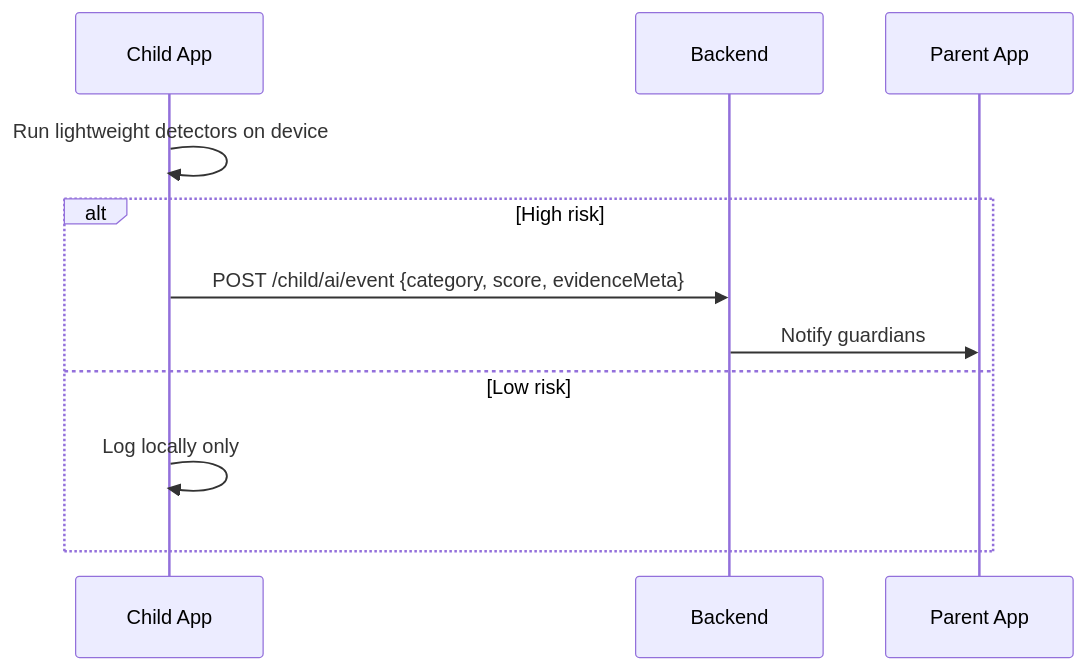
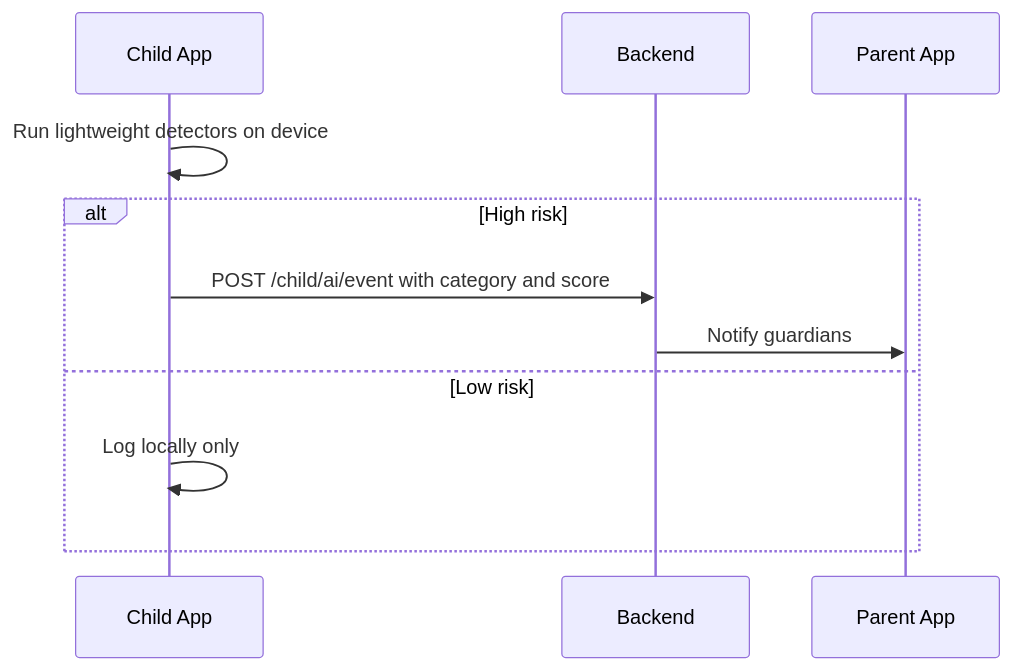
Before and after one commit to maiElkheshen066/safeGuard: the diagram in Doc/Child app/features/05_ai_powered_monitoring.md, drawn with Mermaid. The commit also changed 9 other files, not shown here.

````diff
--- a/Doc/Child app/features/05_ai_powered_monitoring.md
+++ b/Doc/Child app/features/05_ai_powered_monitoring.md
@@ -28,13 +28,13 @@
 ```mermaid
 sequenceDiagram
   participant C as Child App
   participant B as Backend
   participant P as Parent App
   C->>C: Run lightweight detectors on device
   alt High risk
-    C->>B: POST /child/ai/event {category, score, evidenceMeta}
+    C->>B: POST /child/ai/event with category and score
     B->>P: Notify guardians
   else Low risk
     C->>C: Log locally only
   end
 ```
````
